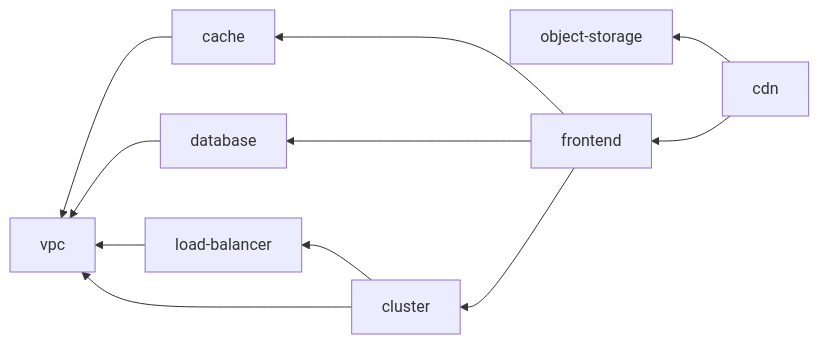
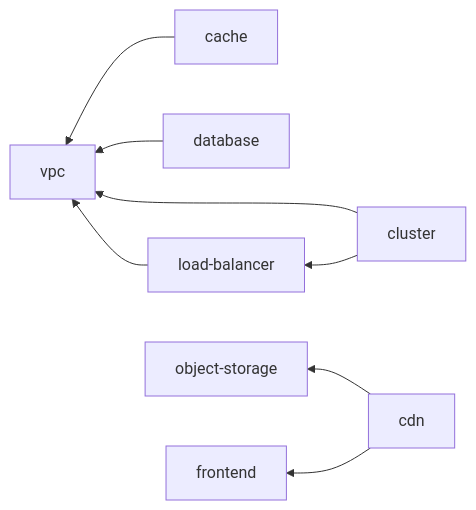
One commit to cloudposse-examples/infra-demo-atmos-pro changed the diagram in README.md. Above: the diagram before and after it, drawn with Mermaid.

Commit message:
refactor mermaid diagram

````diff
--- a/README.md
+++ b/README.md
@@ -65,13 +65,10 @@
 ```mermaid
 graph RL;
     cache --> vpc
     database --> vpc
     load-balancer --> vpc
     cluster --> vpc
     cluster --> load-balancer
     cdn --> object-storage
     cdn --> frontend
-    frontend --> cache
-    frontend --> database
-    frontend --> cluster
 ```
````
